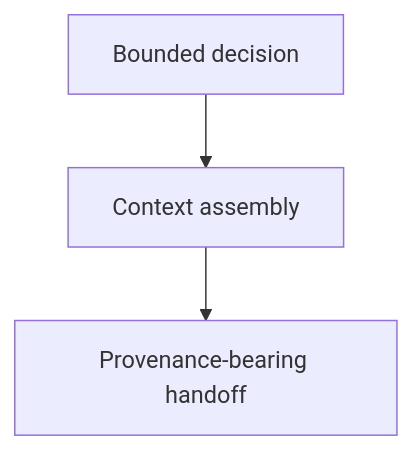
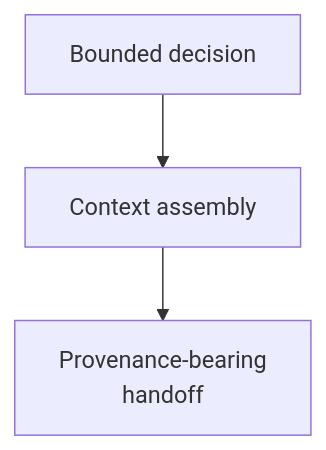
The diagram in skills/context-building/as-is.md (abstract-business-systems/as-is), drawn with Mermaid before and after one commit. The commit also changed 47 other files, not shown here.

Commit message:
docs(diagrams): improve Mermaid readability validation

````diff
--- a/skills/context-building/as-is.md
+++ b/skills/context-building/as-is.md
@@ -17,5 +17,5 @@
 ```mermaid
 flowchart TD
     A["Bounded decision"] --> B["Context assembly"]
-    B --> C["Provenance-bearing handoff"]
+    B --> C["Provenance-bearing<br/>handoff"]
 ```
````
